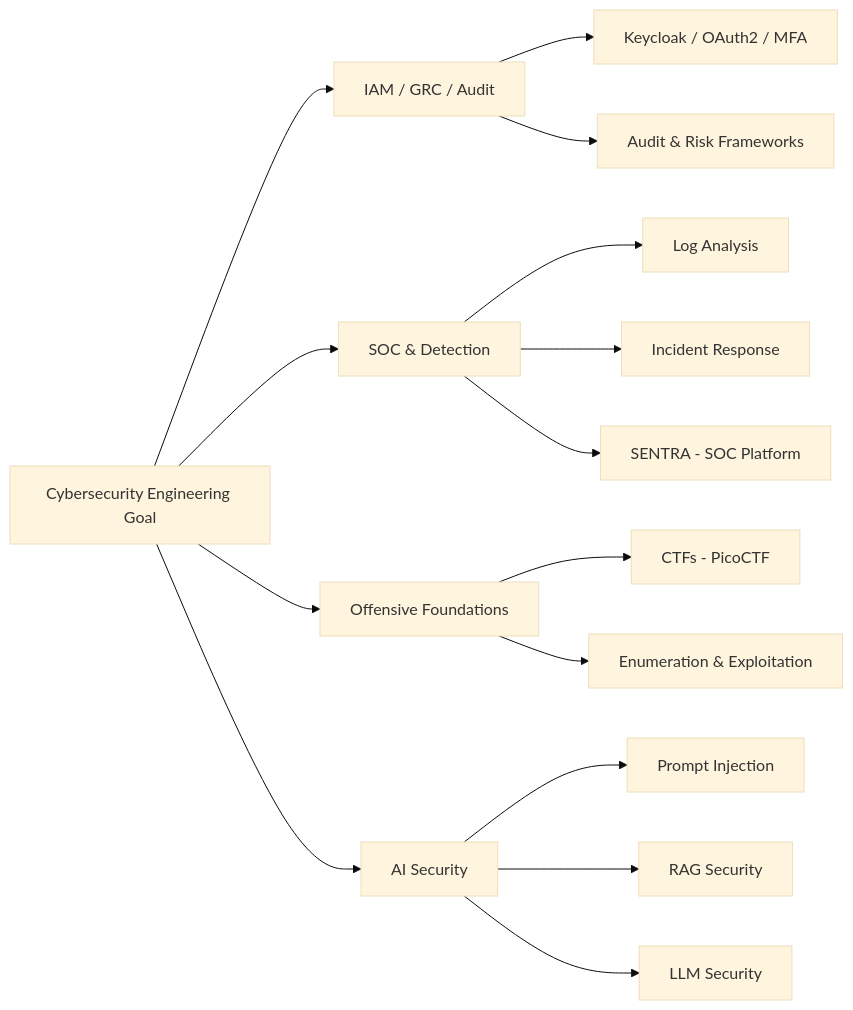
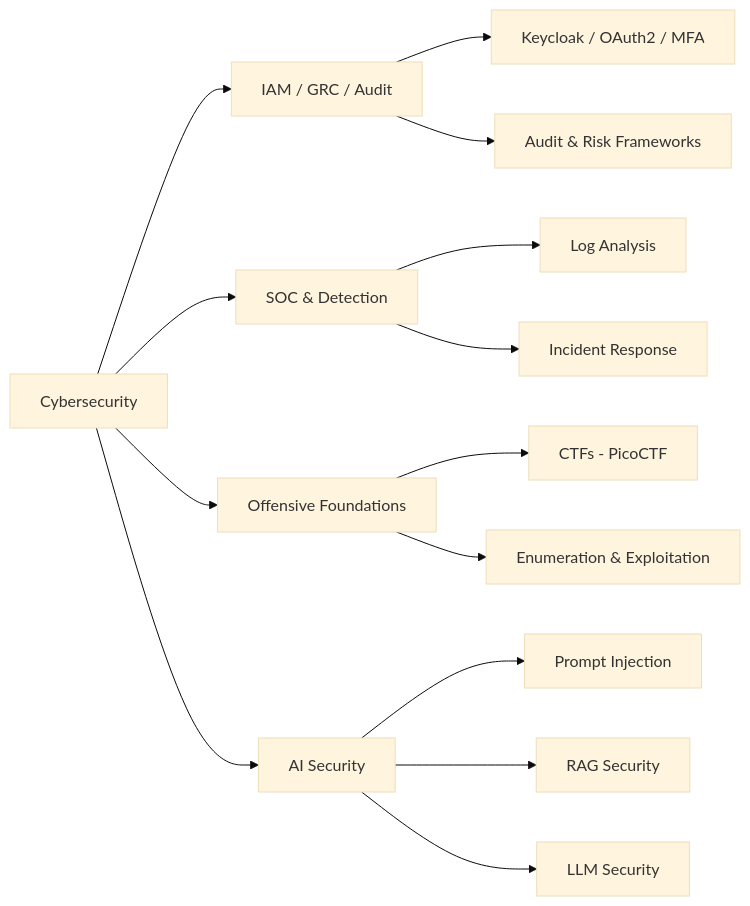
One commit to khaoulaettijani-iacs/About-Me changed the diagram in README.md. Above: the diagram before and after it, drawn with Mermaid (base theme).

Commit message:
Revise Cybersecurity Engineering Goal in roadmap
Updated the Cybersecurity Engineering Goal in the roadmap.

````diff
--- a/README.md
+++ b/README.md
@@ -93,21 +93,20 @@
 ```mermaid
 graph LR
-    A[Cybersecurity Engineering Goal] --> B[IAM / GRC / Audit]
+    A[Cybersecurity ] --> B[IAM / GRC / Audit]
     A --> C[SOC & Detection]
     A --> D[Offensive Foundations]
     A --> E[AI Security]
 
     B --> B1[Keycloak / OAuth2 / MFA]
     B --> B2[Audit & Risk Frameworks]
 
     C --> C1[Log Analysis]
     C --> C2[Incident Response]
-    C --> C3[SENTRA - SOC Platform]
 
     D --> D1[CTFs - PicoCTF]
     D --> D2[Enumeration & Exploitation]
 
     E --> E1[Prompt Injection]
     E --> E2[RAG Security]
     E --> E3[LLM Security]
 ```
````
